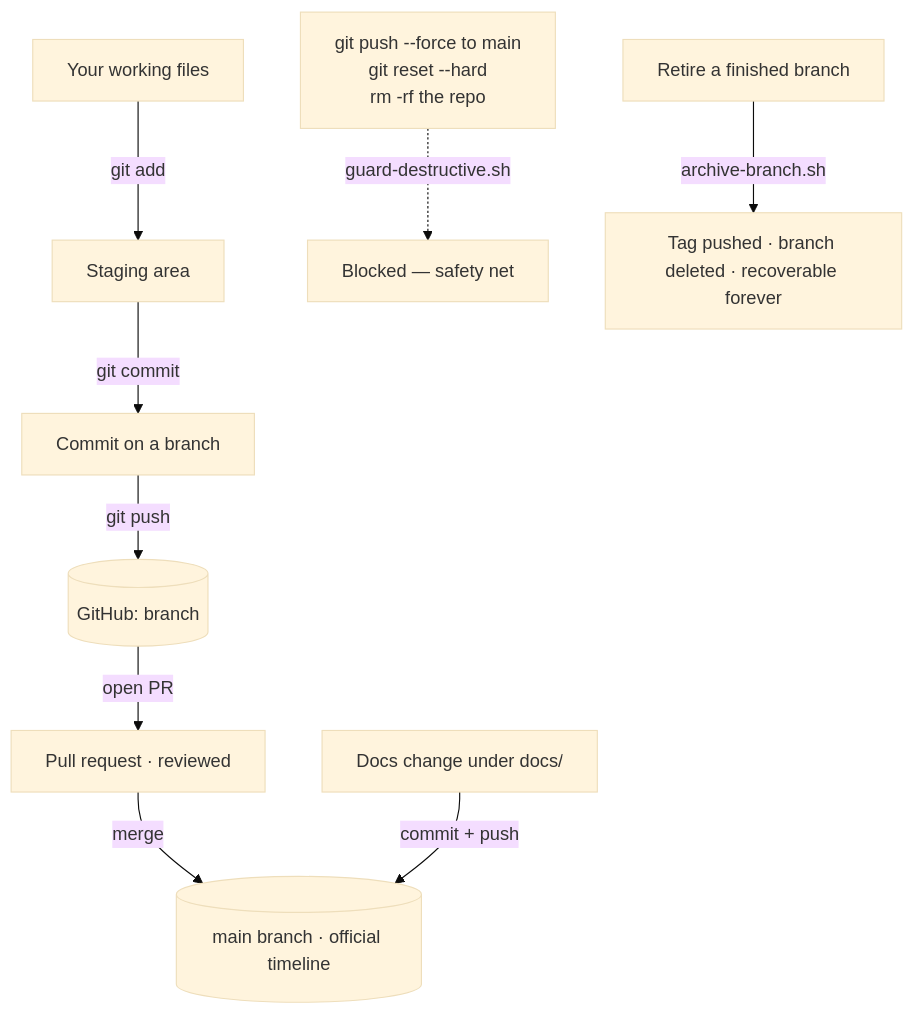
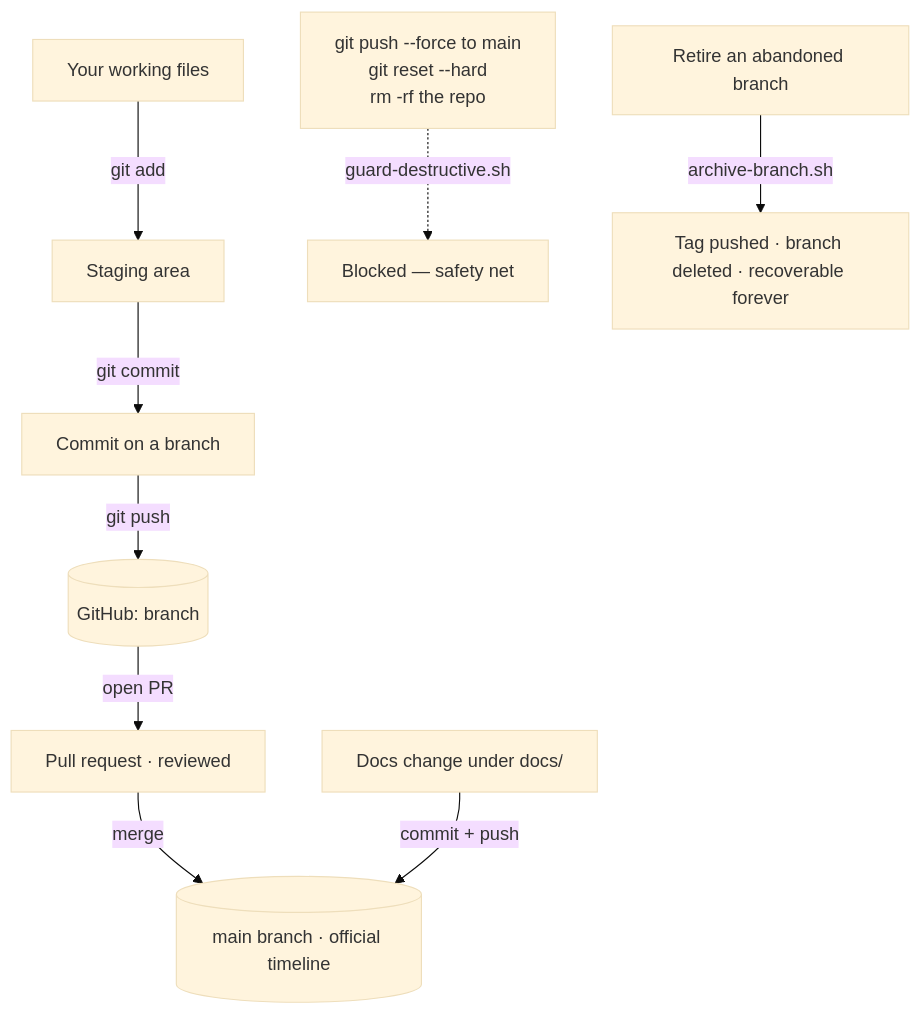
One commit to mcorbett51090/RavenClaude changed the seventh of 58 diagrams in docs/concepts.md. Above: the diagram before and after it, drawn with Mermaid (base theme). The commit also changed other lines of this file and 22 other files, not shown here.

````diff
--- a/docs/concepts.md
+++ b/docs/concepts.md
@@ -293,13 +293,13 @@
 ```mermaid
 flowchart TD
   W[Your working files] -->|git add| S[Staging area]
   S -->|git commit| C[Commit on a branch]
   C -->|git push| GH[(GitHub: branch)]
   GH -->|open PR| PR[Pull request · reviewed]
   PR -->|merge| MAIN[(main branch · official timeline)]
   D[Docs change under docs/] -->|commit + push| MAIN
   X[git push --force to main<br/>git reset --hard<br/>rm -rf the repo] -.->|guard-destructive.sh| BLOCK[Blocked — safety net]
-  R[Retire a finished branch] -->|archive-branch.sh| TAG[Tag pushed · branch deleted · recoverable forever]
+  R[Retire an abandoned branch] -->|archive-branch.sh| TAG[Tag pushed · branch deleted · recoverable forever]
   class C,PR,MAIN,TAG fact
   class BLOCK,GH built
 ```
````
